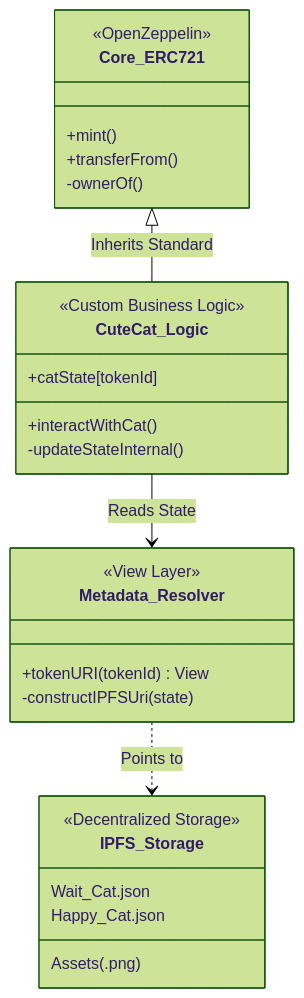
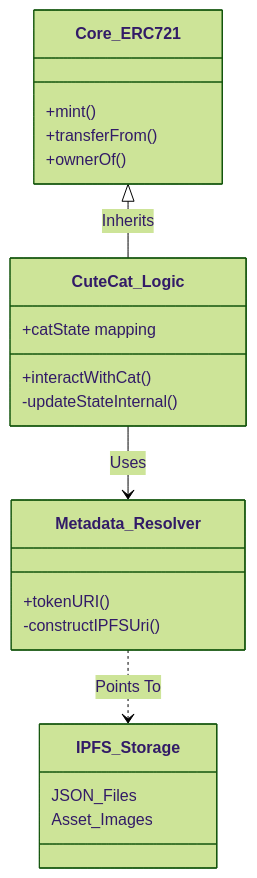
The second of 2 diagrams in README.md (NexTechArchitect/ERC721-Advanced-IPFS-NFT), drawn with Mermaid (forest theme) before and after one commit. The commit also changed other lines of this file, not shown here.

````diff
--- a/README.md
+++ b/README.md
@@ -85,34 +81,29 @@
 ```mermaid
 classDiagram
     class Core_ERC721 {
         +mint()
         +transferFrom()
-        -ownerOf()
-        <<OpenZeppelin>>
+        +ownerOf()
     }
 
     class CuteCat_Logic {
-        +catState[tokenId]
+        +catState mapping
         +interactWithCat()
         -updateStateInternal()
-        <<Custom Business Logic>>
     }
 
     class Metadata_Resolver {
-        +tokenURI(tokenId) View
-        -constructIPFSUri(state)
-        <<View Layer>>
+        +tokenURI()
+        -constructIPFSUri()
     }
 
     class IPFS_Storage {
-        Wait_Cat.json
-        Happy_Cat.json
-        Assets(.png)
-        <<Decentralized Storage>>
+        JSON_Files
+        Asset_Images
     }
 
-    Core_ERC721 <|-- CuteCat_Logic : Inherits Standard
-    CuteCat_Logic --> Metadata_Resolver : Reads State
-    Metadata_Resolver ..> IPFS_Storage : Points to
+    Core_ERC721 <|-- CuteCat_Logic : Inherits
+    CuteCat_Logic --> Metadata_Resolver : Uses
+    Metadata_Resolver ..> IPFS_Storage : Points To
 
 ```
````
